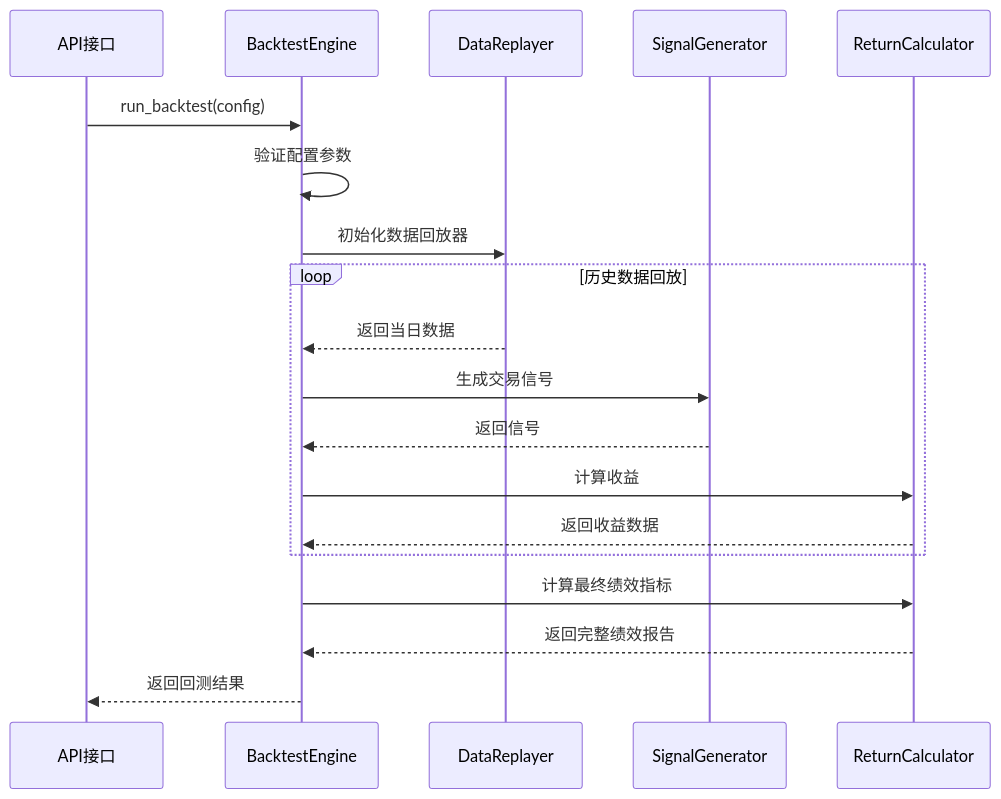
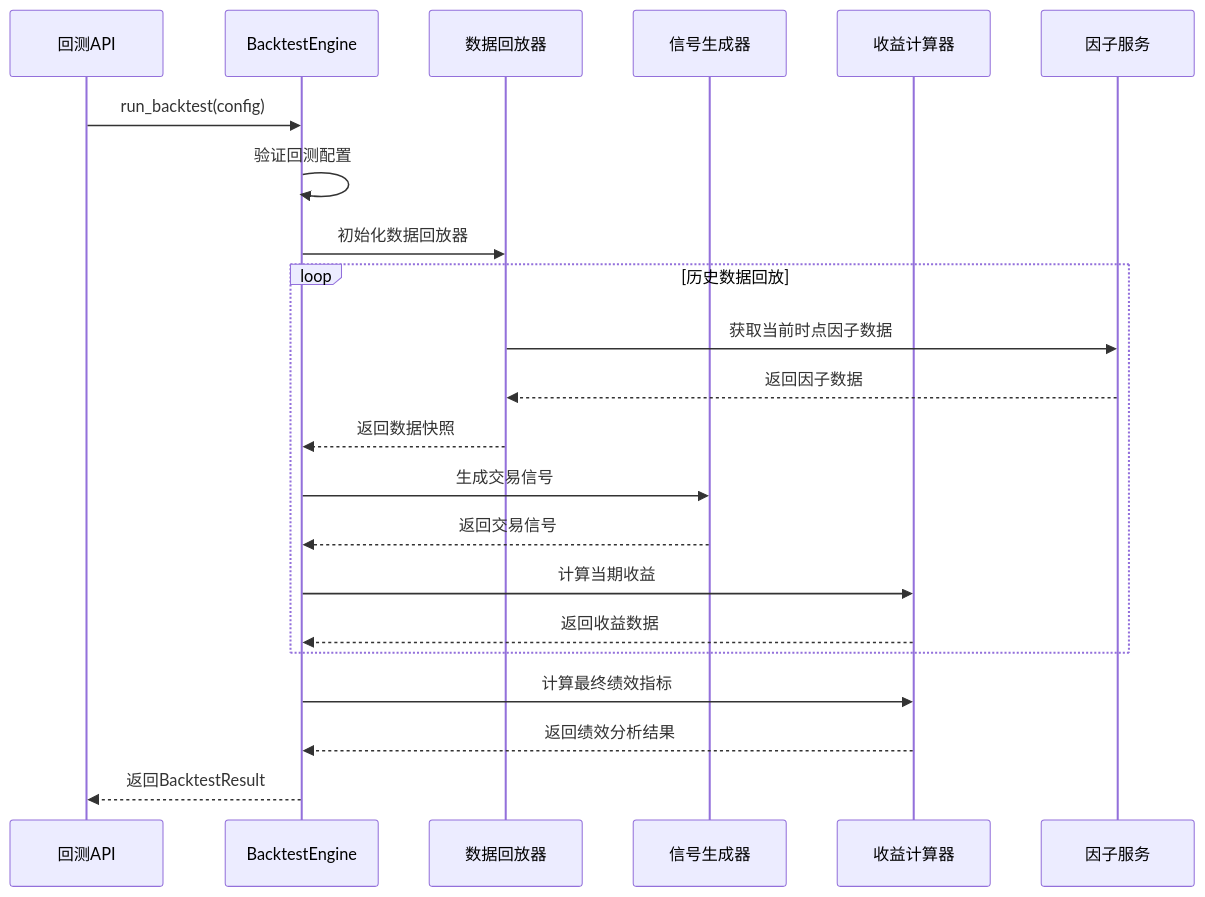
One commit to Casper-Mars/qtrade changed the fifth of 7 diagrams in docs/iteration-3-prediction-model/tasks_backtest_engine.md. Above: the diagram before and after it, drawn with Mermaid. The commit also changed other lines of this file and 1 other file, not shown here.

First line of the commit message:
refactor(回测引擎): 重命名FactorCombination为BacktestFactorConfig以明确用途

````diff
--- a/docs/iteration-3-prediction-model/tasks_backtest_engine.md
+++ b/docs/iteration-3-prediction-model/tasks_backtest_engine.md
@@ -150,24 +164,27 @@
     ```mermaid
     sequenceDiagram
-        participant API as API接口
-        participant BE as BacktestEngine
-        participant DR as DataReplayer
-        participant SG as SignalGenerator
-        participant RC as ReturnCalculator
+        participant API as 回测API
+        participant Engine as BacktestEngine
+        participant Replayer as 数据回放器
+        participant Generator as 信号生成器
+        participant Calculator as 收益计算器
+        participant FactorService as 因子服务
         
-        API->>BE: run_backtest(config)
-        BE->>BE: 验证配置参数
-        BE->>DR: 初始化数据回放器
+        API->>Engine: run_backtest(config)
+        Engine->>Engine: 验证回测配置
+        Engine->>Replayer: 初始化数据回放器
         
         loop 历史数据回放
-            DR-->>BE: 返回当日数据
-            BE->>SG: 生成交易信号
-            SG-->>BE: 返回信号
-            BE->>RC: 计算收益
-            RC-->>BE: 返回收益数据
+            Replayer->>FactorService: 获取当前时点因子数据
+            FactorService-->>Replayer: 返回因子数据
+            Replayer-->>Engine: 返回数据快照
+            Engine->>Generator: 生成交易信号
+            Generator-->>Engine: 返回交易信号
+            Engine->>Calculator: 计算当期收益
+            Calculator-->>Engine: 返回收益数据
         end
         
-        BE->>RC: 计算最终绩效指标
-        RC-->>BE: 返回完整绩效报告
-        BE-->>API: 返回回测结果
+        Engine->>Calculator: 计算最终绩效指标
+        Calculator-->>Engine: 返回绩效分析结果
+        Engine-->>API: 返回BacktestResult
     ```
````
